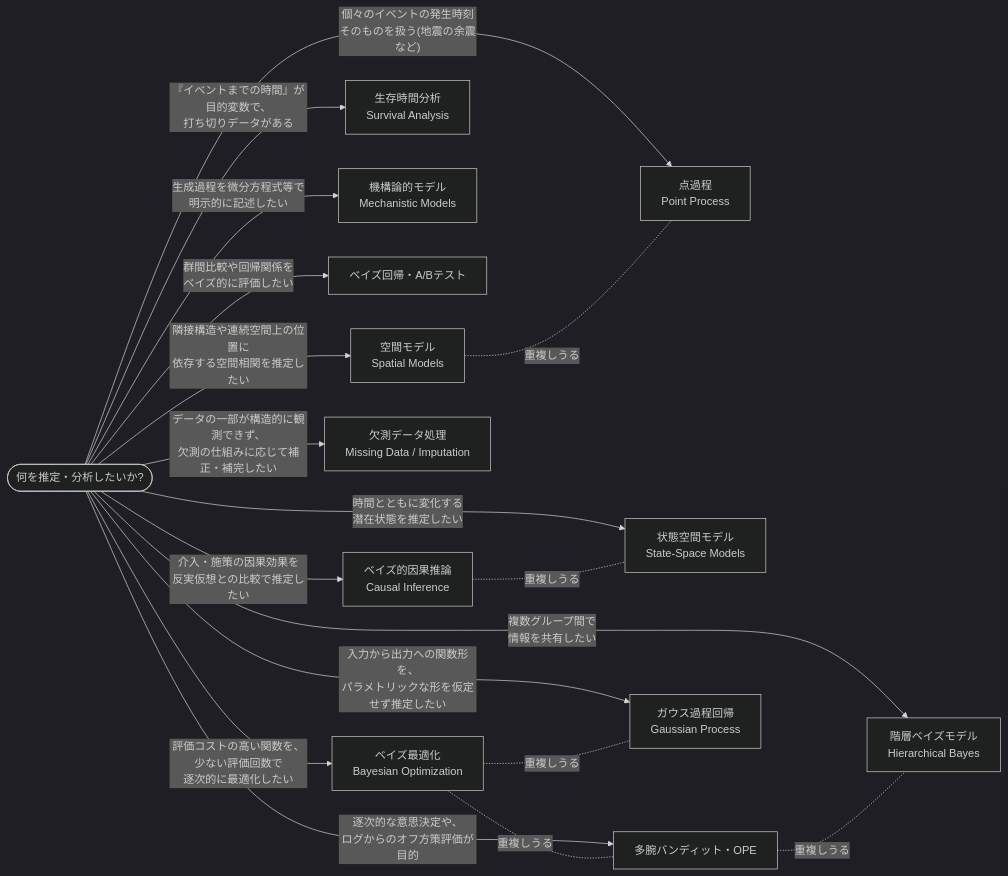
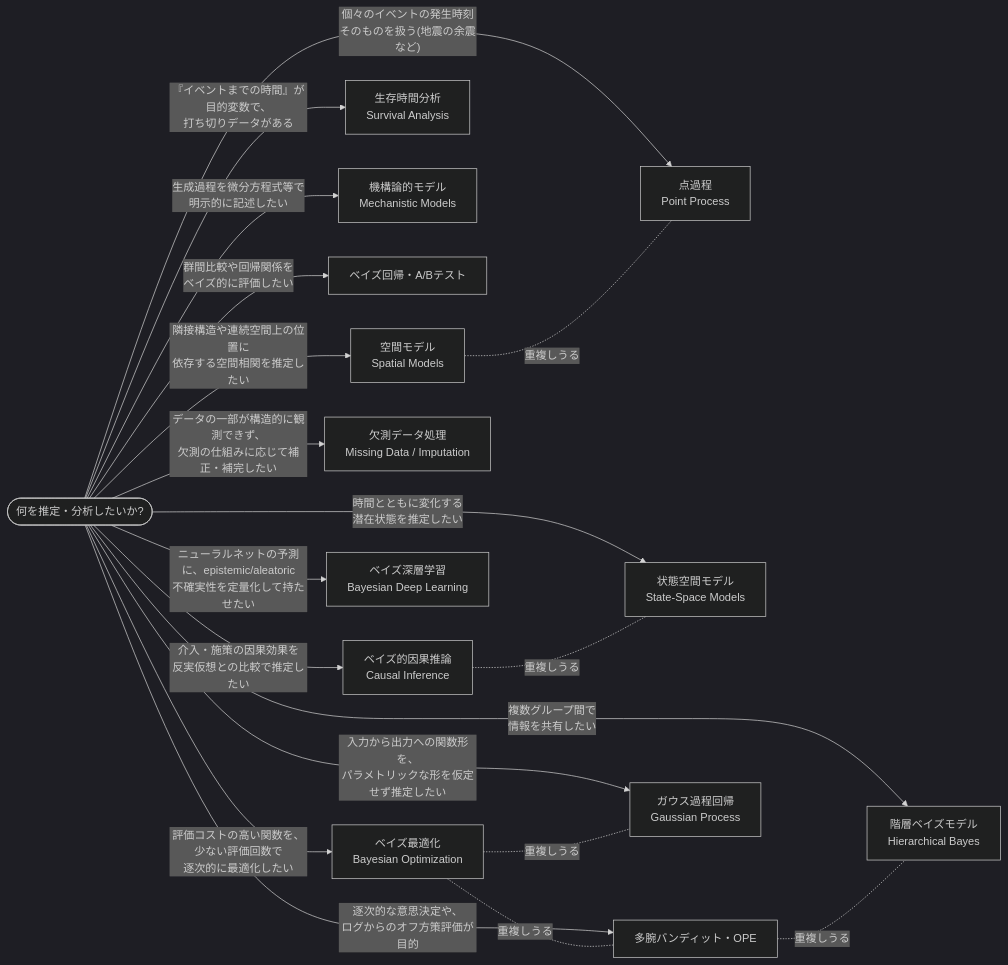
The diagram in analysis-types.md (karahashimanato/bayesian-analysis-index), drawn with Mermaid (dark theme) before and after one commit. The commit also changed other lines of this file and 4 other files, not shown here.

First line of the commit message:
Ingest bayesian-deep-learning: new analysis-types category, tools glossary, and technique entries

````diff
--- a/analysis-types.md
+++ b/analysis-types.md
@@ -9,23 +9,24 @@
 ```mermaid
 flowchart LR
     Start(["何を推定・分析したいか?"])
 
     Start -->|"介入・施策の因果効果を<br/>反実仮想との比較で推定したい"| CI["ベイズ的因果推論<br/>Causal Inference"]
     Start -->|"個々のイベントの発生時刻<br/>そのものを扱う(地震の余震など)"| PP["点過程<br/>Point Process"]
     Start -->|"『イベントまでの時間』が目的変数で、<br/>打ち切りデータがある"| SA["生存時間分析<br/>Survival Analysis"]
     Start -->|"生成過程を微分方程式等で<br/>明示的に記述したい"| MM["機構論的モデル<br/>Mechanistic Models"]
     Start -->|"時間とともに変化する<br/>潜在状態を推定したい"| SSM["状態空間モデル<br/>State-Space Models"]
     Start -->|"逐次的な意思決定や、<br/>ログからのオフ方策評価が目的"| MAB["多腕バンディット・OPE"]
     Start -->|"複数グループ間で<br/>情報を共有したい"| HB["階層ベイズモデル<br/>Hierarchical Bayes"]
     Start -->|"群間比較や回帰関係を<br/>ベイズ的に評価したい"| RB["ベイズ回帰・A/Bテスト"]
     Start -->|"入力から出力への関数形を、<br/>パラメトリックな形を仮定せず推定したい"| GP["ガウス過程回帰<br/>Gaussian Process"]
     Start -->|"隣接構造や連続空間上の位置に<br/>依存する空間相関を推定したい"| SP["空間モデル<br/>Spatial Models"]
     Start -->|"データの一部が構造的に観測できず、<br/>欠測の仕組みに応じて補正・補完したい"| MD["欠測データ処理<br/>Missing Data / Imputation"]
     Start -->|"評価コストの高い関数を、少ない評価回数で<br/>逐次的に最適化したい"| BO["ベイズ最適化<br/>Bayesian Optimization"]
+    Start -->|"ニューラルネットの予測に、epistemic/aleatoric<br/>不確実性を定量化して持たせたい"| BDL["ベイズ深層学習<br/>Bayesian Deep Learning"]
 
     CI -.重複しうる.- SSM
     MAB -.重複しうる.- HB
     SP -.重複しうる.- PP
     BO -.重複しうる.- GP
     BO -.重複しうる.- MAB
 ```
````
